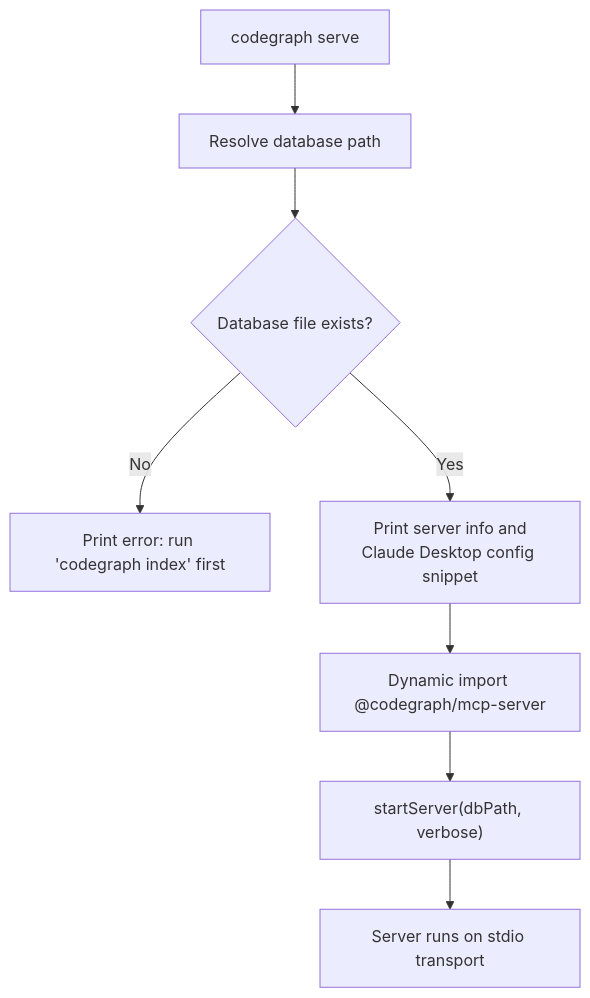
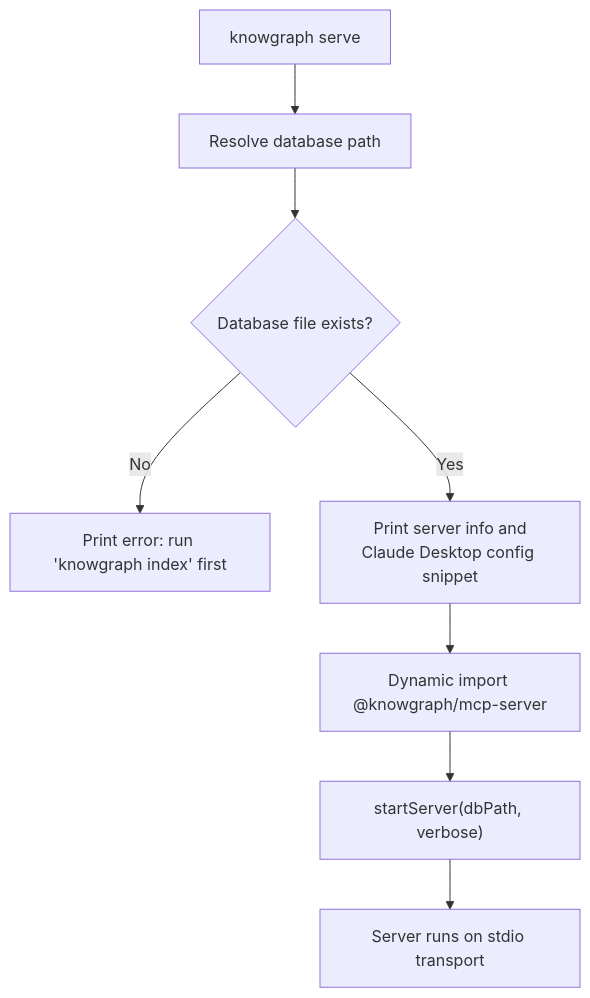
The sixth of 7 diagrams in docs/cli/README.md (idosams/know-know), drawn with Mermaid before and after one commit. The commit also changed other lines of this file and 107 other files, not shown here.

First line of the commit message:
refactor: rename codegraph to knowgraph across entire project (#8)

````diff
--- a/docs/cli/README.md
+++ b/docs/cli/README.md
@@ -502,10 +502,10 @@
 ```mermaid
 flowchart TD
-    A["codegraph serve"] --> B["Resolve database path"]
+    A["knowgraph serve"] --> B["Resolve database path"]
     B --> C{"Database file exists?"}
-    C -- "No" --> D["Print error: run 'codegraph index' first"]
+    C -- "No" --> D["Print error: run 'knowgraph index' first"]
     C -- "Yes" --> E["Print server info and<br/>Claude Desktop config snippet"]
-    E --> F["Dynamic import @codegraph/mcp-server"]
+    E --> F["Dynamic import @knowgraph/mcp-server"]
     F --> G["startServer(dbPath, verbose)"]
     G --> H["Server runs on stdio transport"]
 ```
````
